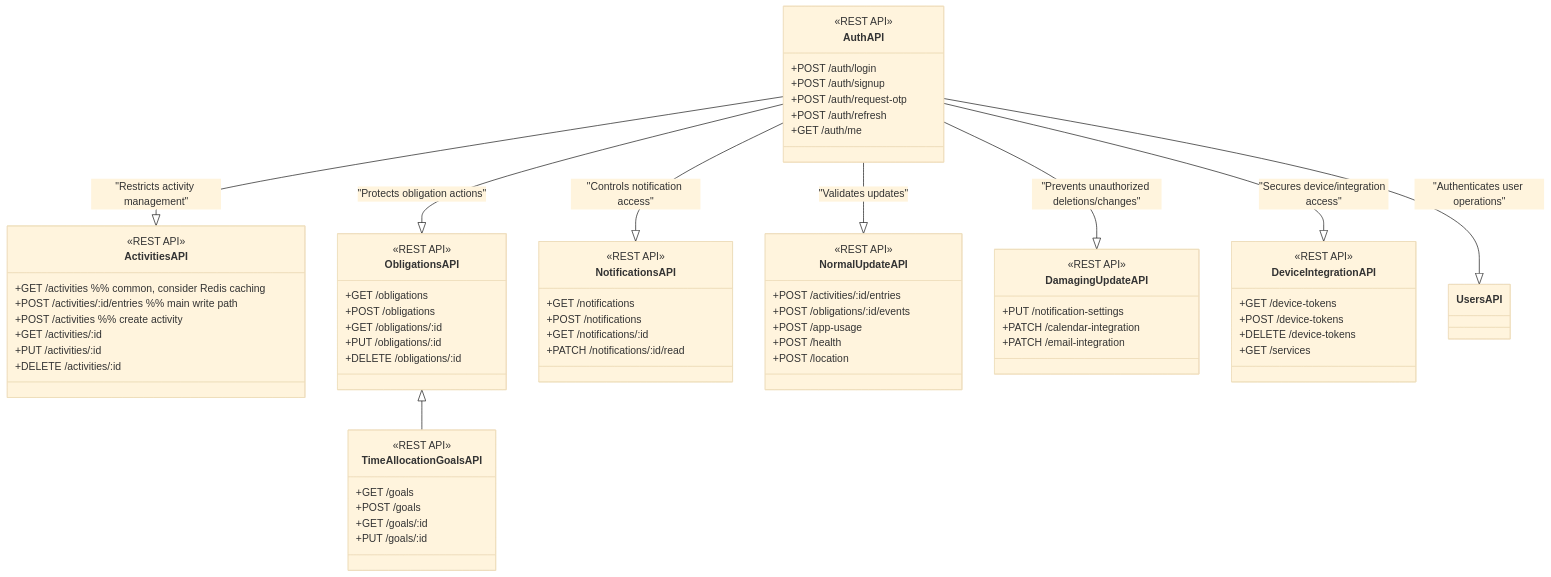
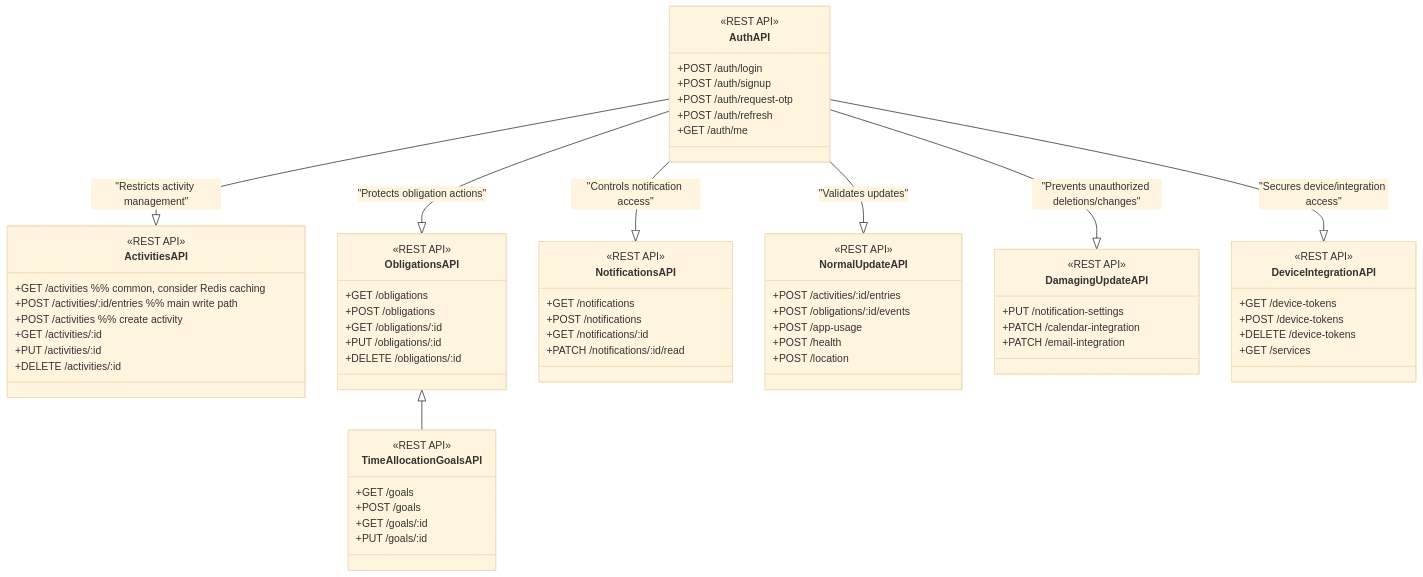
One commit to hadiahmad06/jiko changed the diagram in backend/docs/routes.md. Above: the diagram before and after it, drawn with Mermaid (base theme). The commit also changed 30 other files, not shown here.

```diff
--- a/backend/docs/routes.md
+++ b/backend/docs/routes.md
@@ -91,7 +91,7 @@
     }
 
     %% Relationships
-    AuthAPI --|> UsersAPI : "Authenticates user operations"
+    %% AuthAPI --|> UsersAPI : "Authenticates user operations"
     AuthAPI --|> ObligationsAPI : "Protects obligation actions"
     AuthAPI --|> NotificationsAPI : "Controls notification access"
     AuthAPI --|> ActivitiesAPI : "Restricts activity management"
```
